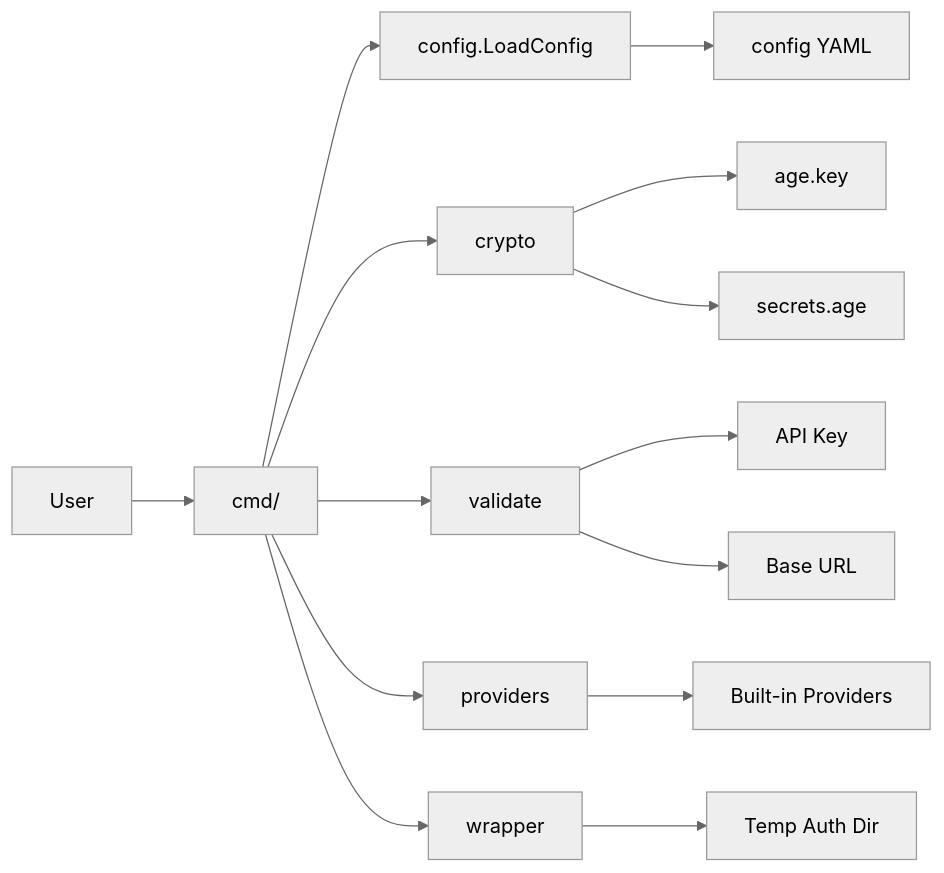
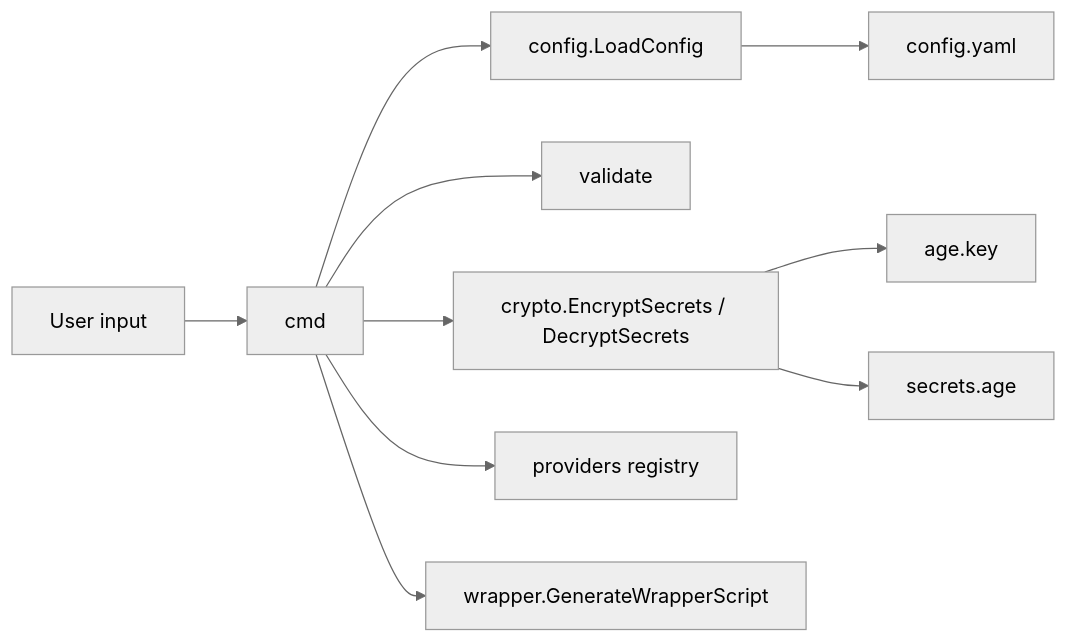
One commit to dkmnx/kairo changed the second of 2 diagrams in internal/README.md. Above: the diagram before and after it, drawn with Mermaid (neutral theme). The commit also changed other lines of this file and 8 other files, not shown here.

````diff
--- a/internal/README.md
+++ b/internal/README.md
@@ -284,16 +200,12 @@
 ```mermaid
 flowchart LR
-    User[User] --> CLI[cmd/]
-    CLI --> Config[config.LoadConfig]
-    Config --> YAML[config YAML]
-    CLI --> Crypto[crypto]
-    Crypto --> AgeKey[age.key]
-    Crypto --> SecretsAge[secrets.age]
-    CLI --> Validate[validate]
-    Validate --> APIKey[API Key]
-    Validate --> URL[Base URL]
-    CLI --> Providers[providers]
-    Providers --> Registry[Built-in Providers]
-    CLI --> Wrapper[wrapper]
-    Wrapper --> AuthDir[Temp Auth Dir]
+    User[User input] --> Cmd[cmd]
+    Cmd --> Config[config.LoadConfig]
+    Cmd --> Validate[validate]
+    Cmd --> Crypto[crypto.EncryptSecrets / DecryptSecrets]
+    Cmd --> Providers[providers registry]
+    Cmd --> Wrapper[wrapper.GenerateWrapperScript]
+    Config --> YAML[config.yaml]
+    Crypto --> Key[age.key]
+    Crypto --> Secrets[secrets.age]
 ```
````
